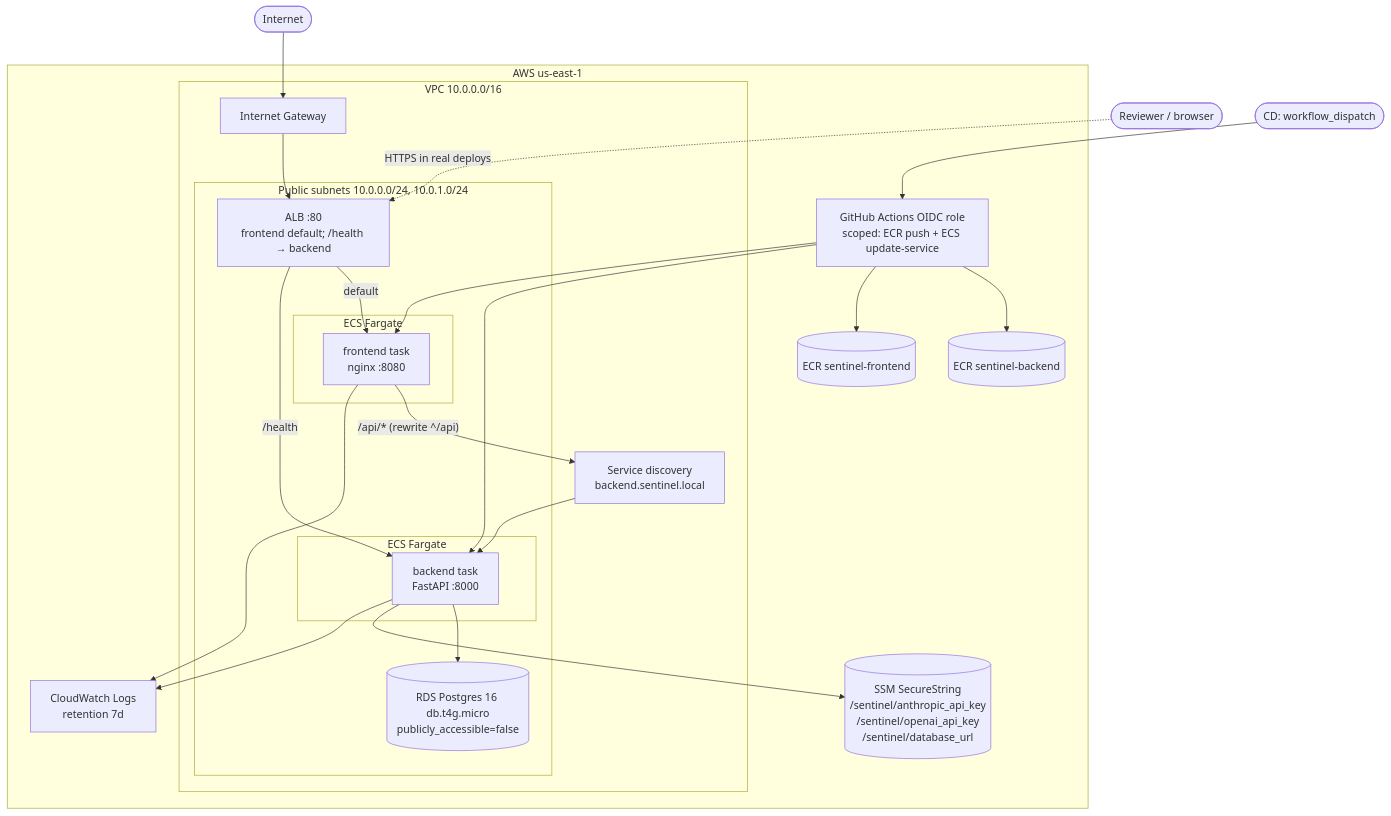
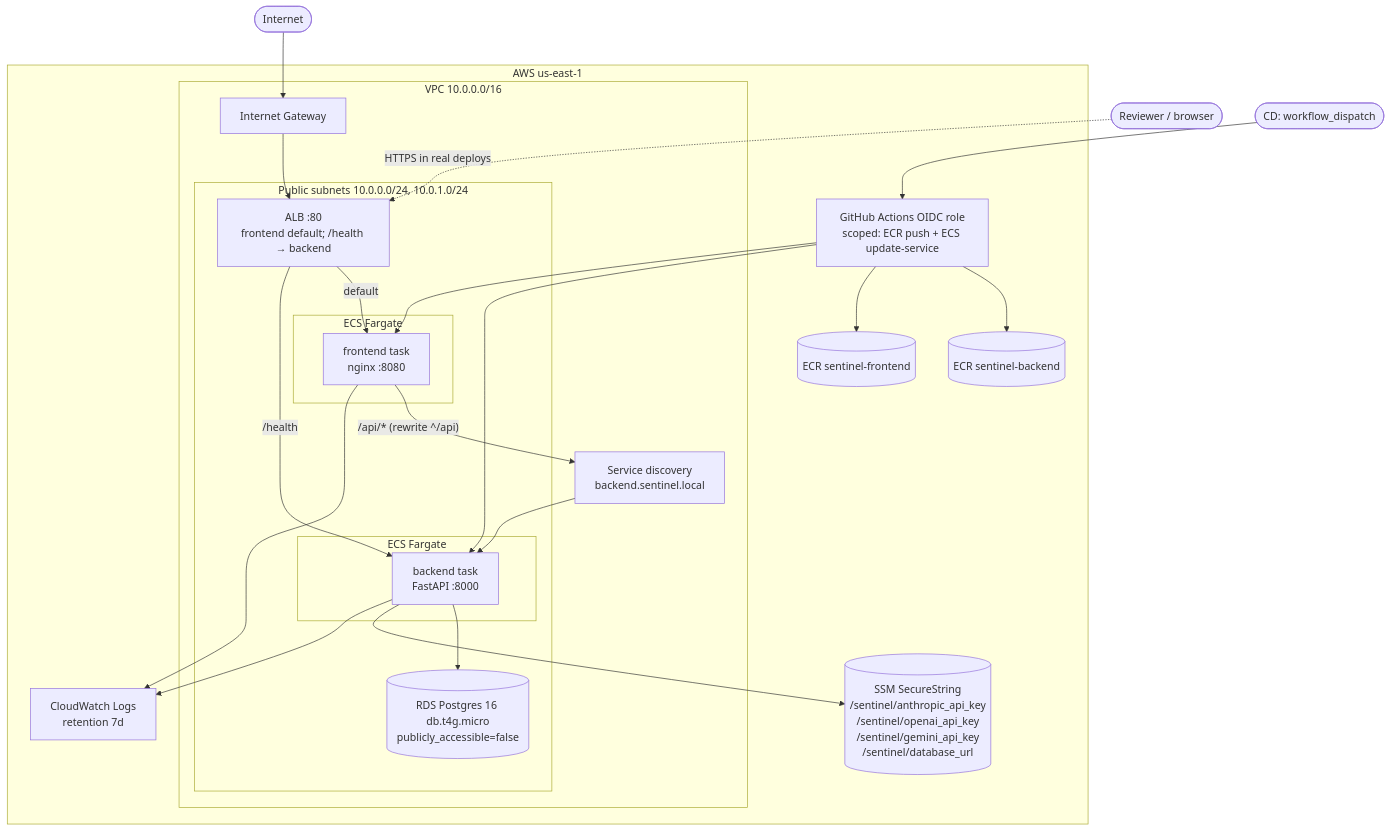
The sixth of 6 diagrams in docs/architecture.md (div0rce/sentinel), drawn with Mermaid before and after one commit. The commit also changed other lines of this file and 28 other files, not shown here.

````diff
--- a/docs/architecture.md
+++ b/docs/architecture.md
@@ -388,48 +399,48 @@
 ```mermaid
 flowchart TB
     subgraph aws[AWS us-east-1]
       subgraph vpc[VPC 10.0.0.0/16]
         igw[Internet Gateway]
 
         subgraph pub[Public subnets 10.0.0.0/24, 10.0.1.0/24]
           alb[ALB :80<br/>frontend default; /health → backend]
           subgraph fe[ECS Fargate]
             nginx_task[frontend task<br/>nginx :8080]
           end
           subgraph be[ECS Fargate]
             api_task[backend task<br/>FastAPI :8000]
           end
           rds[(RDS Postgres 16 db.t4g.micro<br/>publicly_accessible=false)]
         end
 
         sd[Service discovery<br/>backend.sentinel.local]
       end
 
       ecr_be[(ECR sentinel-backend)]
       ecr_fe[(ECR sentinel-frontend)]
-      ssm[(SSM SecureString<br/>/sentinel/anthropic_api_key<br/>/sentinel/openai_api_key<br/>/sentinel/database_url)]
+      ssm[(SSM SecureString<br/>/sentinel/anthropic_api_key<br/>/sentinel/openai_api_key<br/>/sentinel/gemini_api_key<br/>/sentinel/database_url)]
       cwlogs[CloudWatch Logs<br/>retention 7d]
 
       gha[GitHub Actions OIDC role<br/>scoped: ECR push + ECS update-service]
     end
 
     internet([Internet])
     user2([Reviewer / browser])
     cd([CD: workflow_dispatch])
 
     internet --> igw --> alb
     user2 -.HTTPS in real deploys.-> alb
     alb -- default --> nginx_task
     alb -- /health --> api_task
     nginx_task -- /api/* (rewrite ^/api) --> sd --> api_task
     api_task --> rds
     api_task --> ssm
     nginx_task --> cwlogs
     api_task --> cwlogs
 
     cd --> gha
     gha --> ecr_be
     gha --> ecr_fe
     gha --> api_task
     gha --> nginx_task
 ```
````
